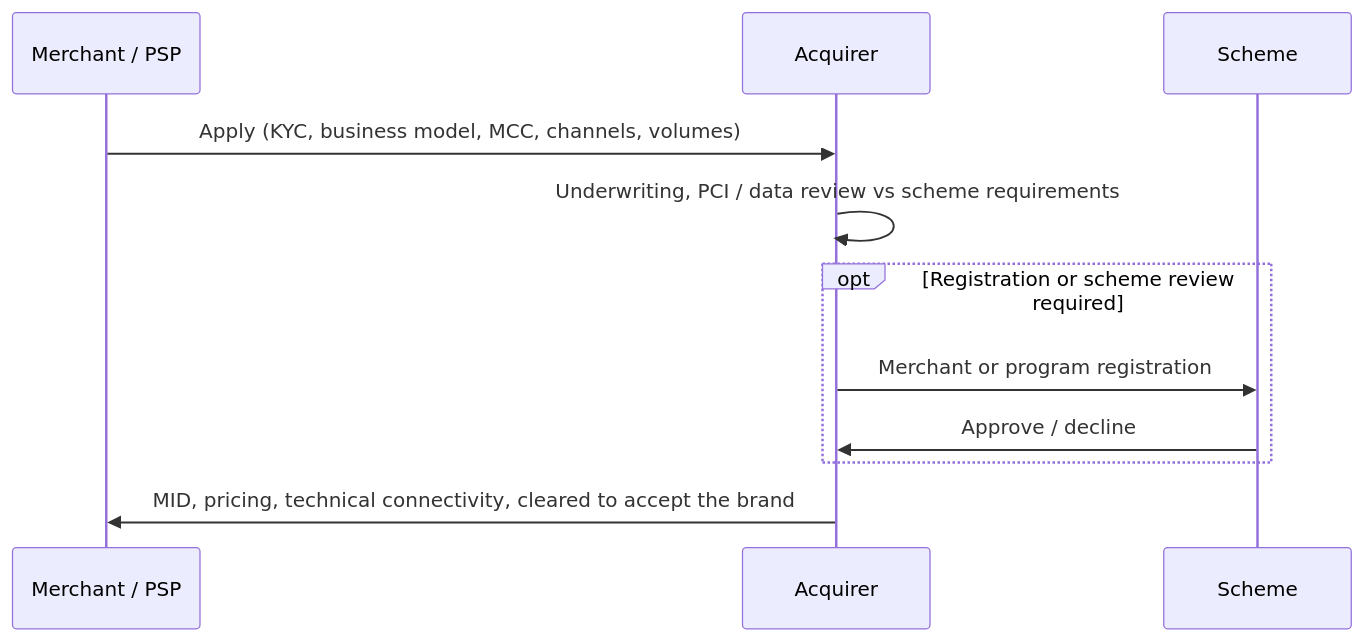
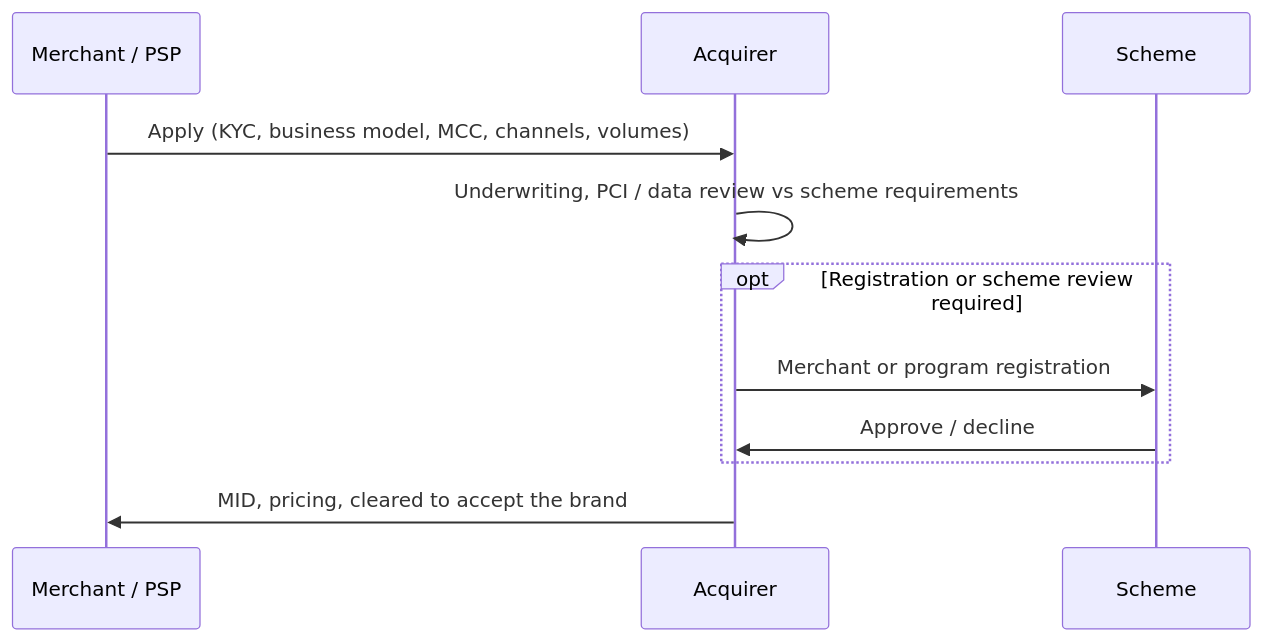
Before and after one commit to yanomic/yanomic.github.io: the first of 2 diagrams in content/blogs/2026-04-21-payment-capability-onboarding/index.md, drawn with Mermaid. The commit also changed other lines of this file, not shown here.

````diff
--- a/content/blogs/2026-04-21-payment-capability-onboarding/index.md
+++ b/content/blogs/2026-04-21-payment-capability-onboarding/index.md
@@ -21,13 +21,13 @@
 ```mermaid
 sequenceDiagram
     participant Mer as Merchant / PSP
     participant Acq as Acquirer
     participant Sch as Scheme
     Mer->>Acq: Apply (KYC, business model, MCC, channels, volumes)
     Acq->>Acq: Underwriting, PCI / data review vs scheme requirements
     opt Registration or scheme review required
         Acq->>Sch: Merchant or program registration
         Sch->>Acq: Approve / decline
     end
-    Acq->>Mer: MID, pricing, technical connectivity, cleared to accept the brand
+    Acq->>Mer: MID, pricing, cleared to accept the brand
 ```
````
